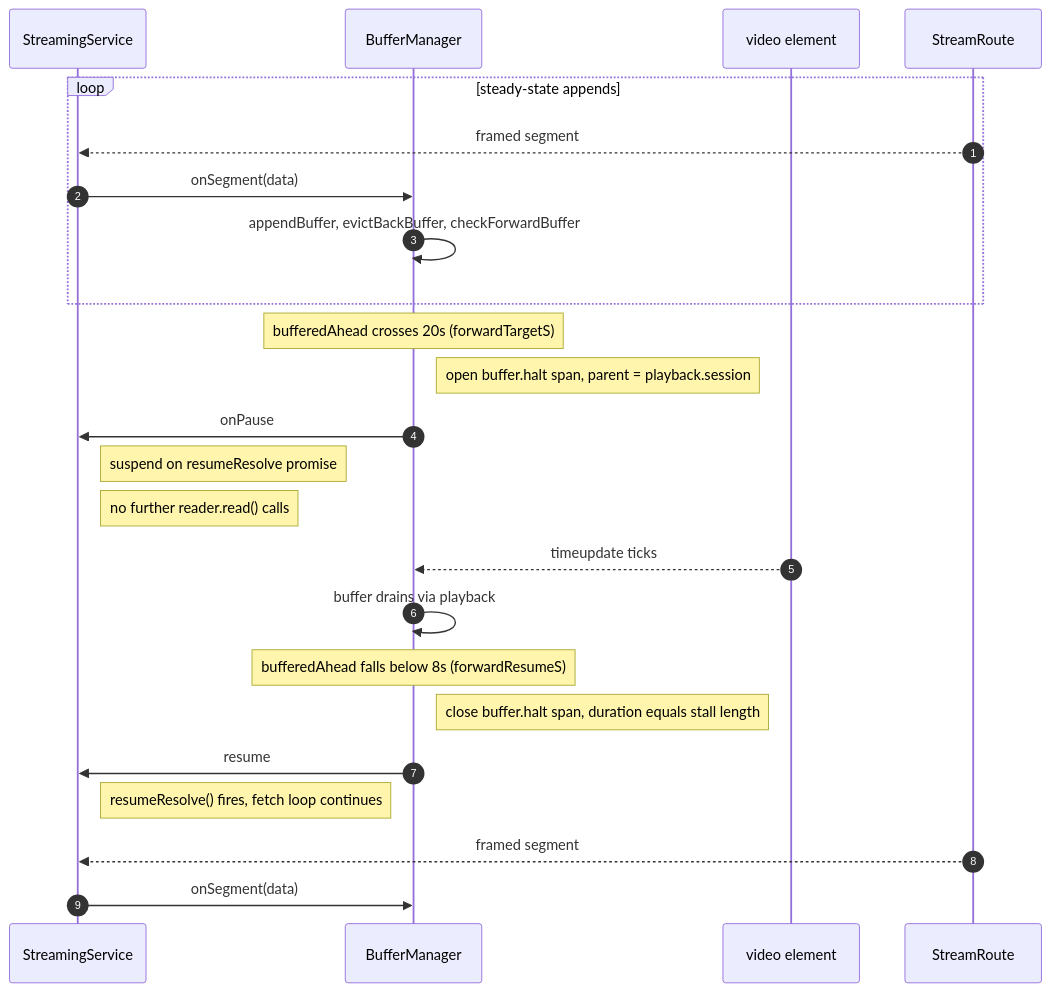
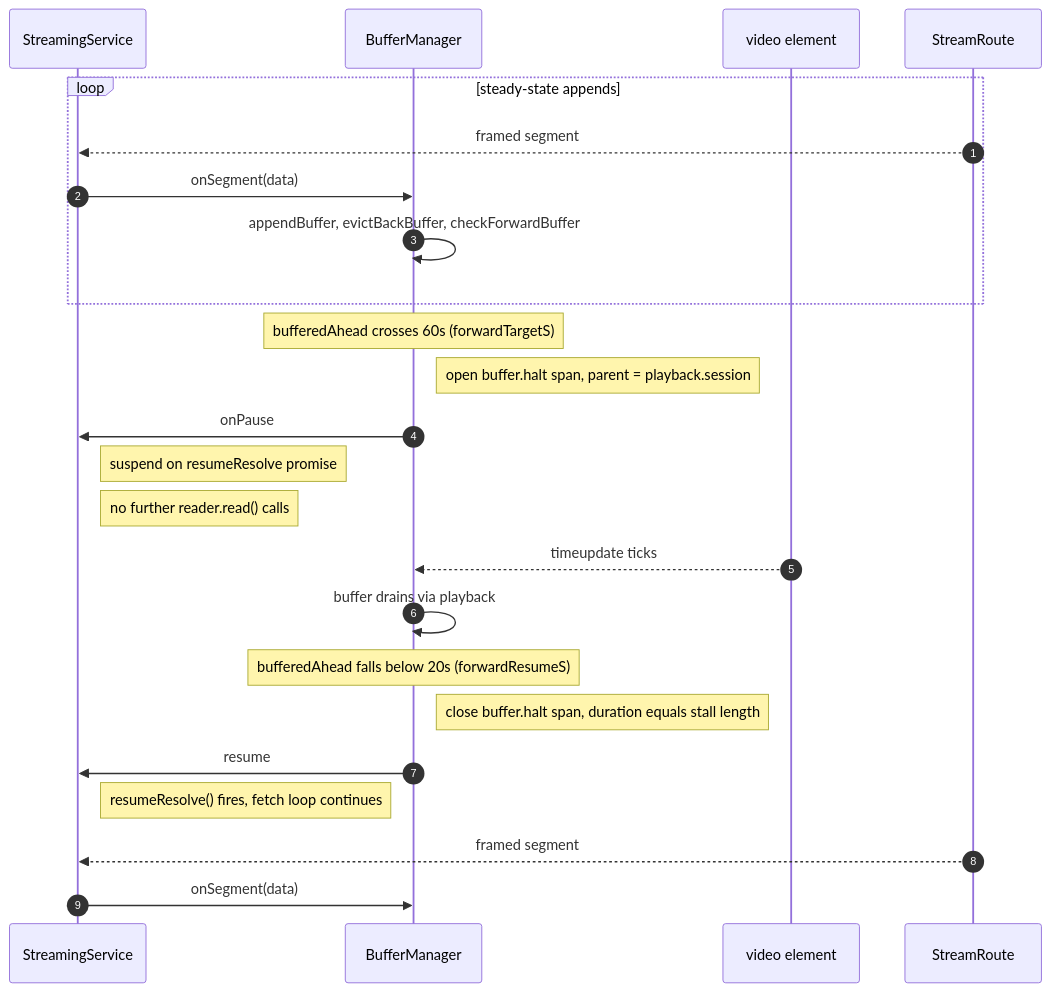
One commit to ngareleo/xstream changed the diagram in docs/diagrams/streaming-02-backpressure.mmd. Above: the diagram before and after it, drawn with Mermaid. The commit also changed 7 other files, not shown here.

```diff
--- a/docs/diagrams/streaming-02-backpressure.mmd
+++ b/docs/diagrams/streaming-02-backpressure.mmd
@@ -1,32 +1,32 @@
 %% xstream streaming - Scenario 2: Back-pressure (pause and resume)
 %% After steady-state appends, BufferManager pauses StreamingService when
-%% bufferedAhead > 20s and resumes when it drains below 8s (12s hysteresis).
+%% bufferedAhead > 60s and resumes when it drains below 20s (40s hysteresis).
 %% One pause-resume cycle opens and closes one buffer.halt span.
 sequenceDiagram
     autonumber
     participant SS as StreamingService
     participant BM as BufferManager
     participant V as video element
     participant ST as StreamRoute
 
     loop steady-state appends
         ST-->>SS: framed segment
         SS->>BM: onSegment(data)
         BM->>BM: appendBuffer, evictBackBuffer, checkForwardBuffer
     end
 
-    Note over BM: bufferedAhead crosses 20s (forwardTargetS)
+    Note over BM: bufferedAhead crosses 60s (forwardTargetS)
     Note right of BM: open buffer.halt span, parent = playback.session
     BM->>SS: onPause
     Note right of SS: suspend on resumeResolve promise
     Note right of SS: no further reader.read() calls
 
     V-->>BM: timeupdate ticks
     BM->>BM: buffer drains via playback
 
-    Note over BM: bufferedAhead falls below 8s (forwardResumeS)
+    Note over BM: bufferedAhead falls below 20s (forwardResumeS)
     Note right of BM: close buffer.halt span, duration equals stall length
     BM->>SS: resume
     Note right of SS: resumeResolve() fires, fetch loop continues
     ST-->>SS: framed segment
     SS->>BM: onSegment(data)
```
